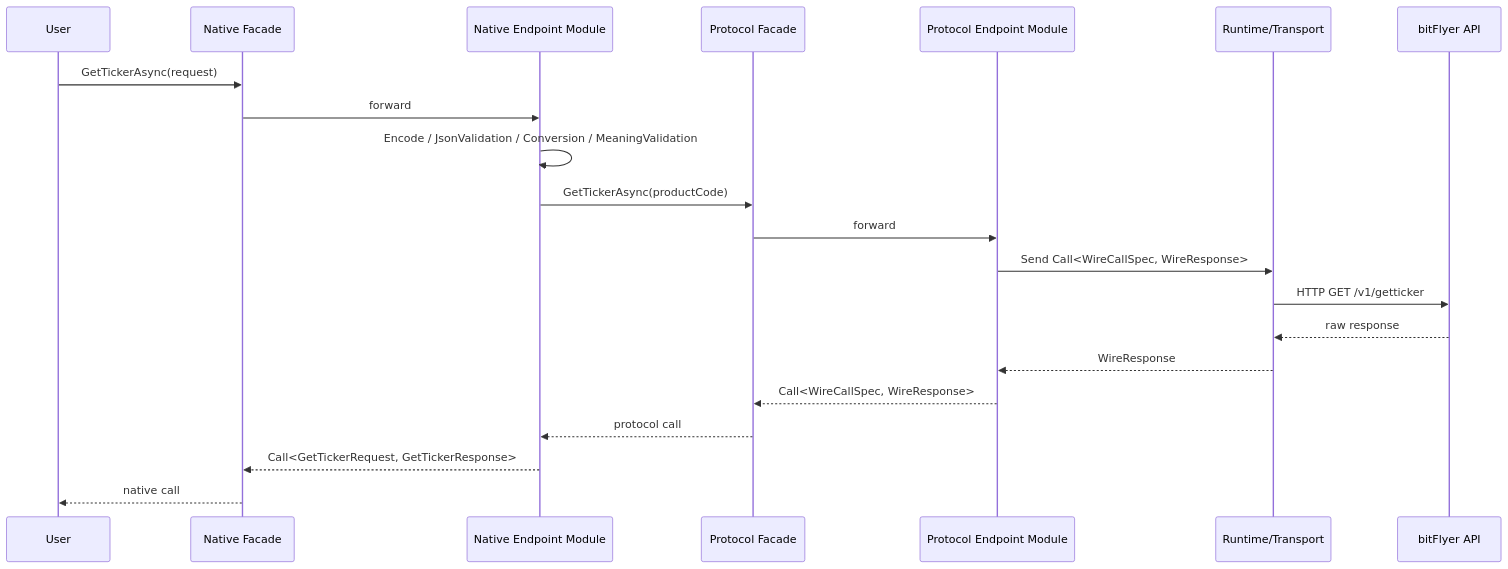
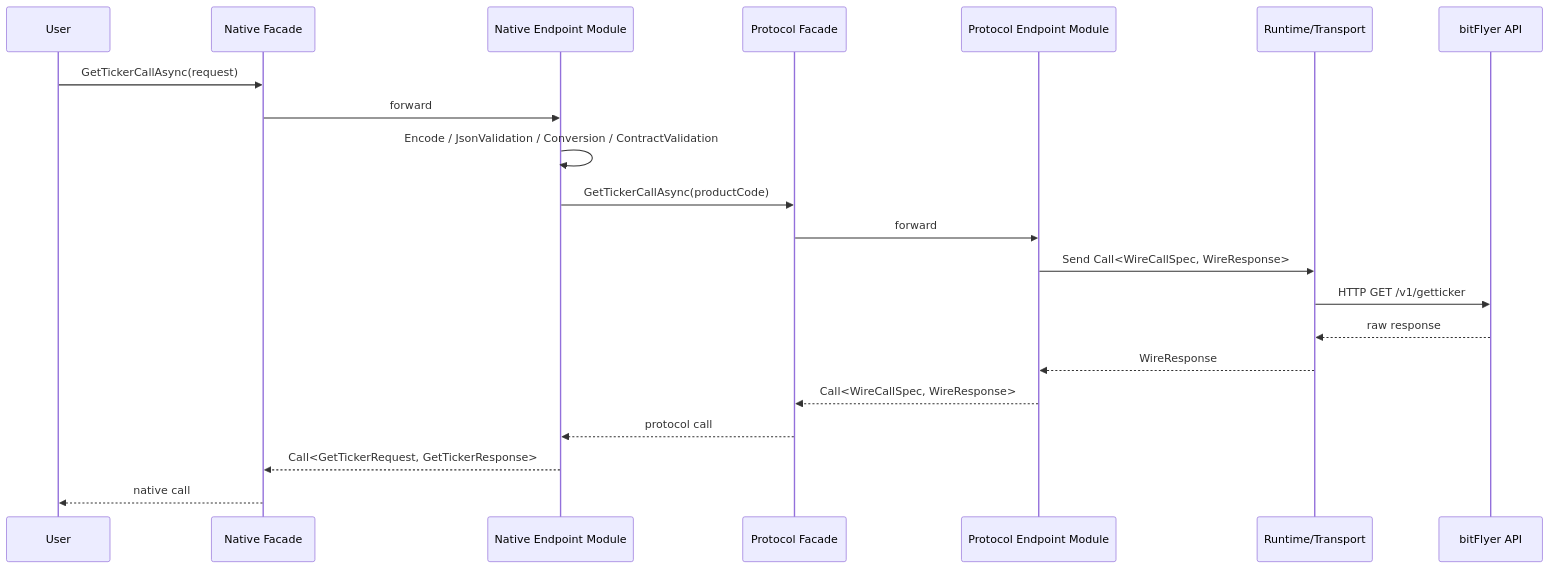
One commit to tkoba0410/ExchangeAPI changed the third of 3 diagrams in stage10.md. Above: the diagram before and after it, drawn with Mermaid. The commit also changed other lines of this file and 1 other file, not shown here.

````diff
--- a/stage10.md
+++ b/stage10.md
@@ -86,24 +86,24 @@
 ```mermaid
 sequenceDiagram
     participant User as User
     participant NF as Native Facade
     participant NM as Native Endpoint Module
     participant PF as Protocol Facade
     participant PM as Protocol Endpoint Module
     participant RT as Runtime/Transport
     participant BF as bitFlyer API
 
-    User->>NF: GetTickerAsync(request)
+    User->>NF: GetTickerCallAsync(request)
     NF->>NM: forward
-    NM->>NM: Encode / JsonValidation / Conversion / MeaningValidation
-    NM->>PF: GetTickerAsync(productCode)
+    NM->>NM: Encode / JsonValidation / Conversion / ContractValidation
+    NM->>PF: GetTickerCallAsync(productCode)
     PF->>PM: forward
     PM->>RT: Send Call<WireCallSpec, WireResponse>
     RT->>BF: HTTP GET /v1/getticker
     BF-->>RT: raw response
     RT-->>PM: WireResponse
     PM-->>PF: Call<WireCallSpec, WireResponse>
     PF-->>NM: protocol call
     NM-->>NF: Call<GetTickerRequest, GetTickerResponse>
     NF-->>User: native call
 ```
````
